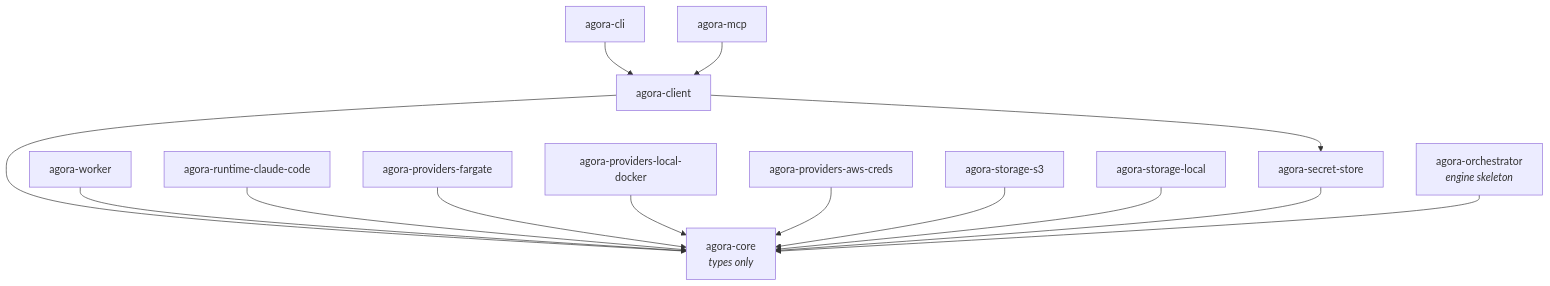
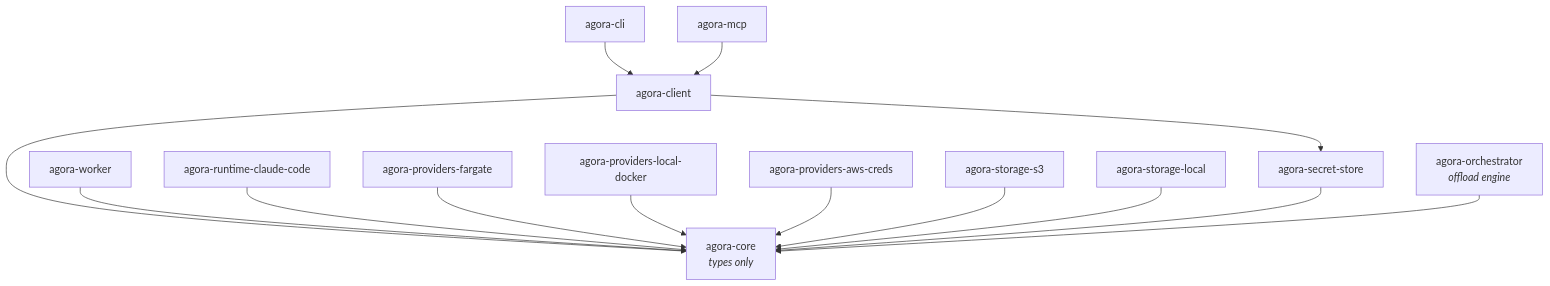
One commit to QuarrySystems/pangolin changed the diagram in README.md. Above: the diagram before and after it, drawn with Mermaid. The commit also changed other lines of this file and 5 other files, not shown here.

````diff
--- a/README.md
+++ b/README.md
@@ -145,30 +149,30 @@
 ```mermaid
 graph TD
   core[agora-core<br/><i>types only</i>]
   client[agora-client]
   cli[agora-cli]
   mcp[agora-mcp]
   worker[agora-worker]
   runtime[agora-runtime-claude-code]
   pfargate[agora-providers-fargate]
   plocal[agora-providers-local-docker]
   pawscreds[agora-providers-aws-creds]
   ss3[agora-storage-s3]
   slocal[agora-storage-local]
   secretstore[agora-secret-store]
-  orch[agora-orchestrator<br/><i>engine skeleton</i>]
+  orch[agora-orchestrator<br/><i>offload engine</i>]
 
   client --> core
   client --> secretstore
   cli --> client
   mcp --> client
   worker --> core
   runtime --> core
   pfargate --> core
   plocal --> core
   pawscreds --> core
   ss3 --> core
   slocal --> core
   secretstore --> core
   orch --> core
 ```
````
